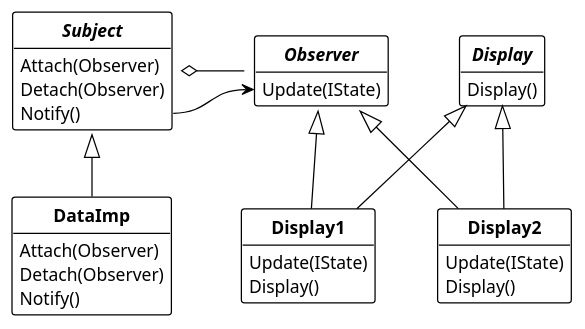
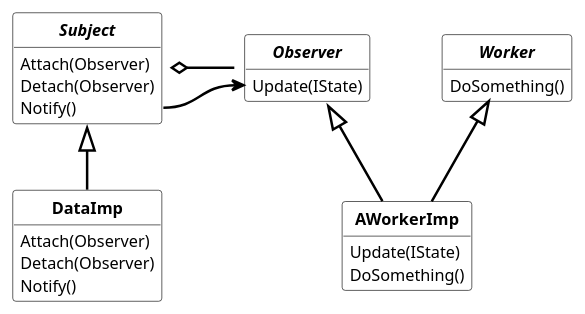
Before and after one commit to dst80/design-patterns: the first of 2 diagrams in behavioral_pattern/observer/observer.md, drawn with PlantUML. The commit also changed other lines of this file and 11 other files, not shown here.

````diff
--- a/behavioral_pattern/observer/observer.md
+++ b/behavioral_pattern/observer/observer.md
@@ -13,49 +13,50 @@
 ```plantuml
 @startuml push_observer
-!theme plain
+skinparam ranksep 50
 skinparam nodesep 50
-skinparam ranksep 50
+skinparam class {
+  FontSize 13
+  AttributeFontSize 13
+  FontStyle bold
+  BackgroundColor transparent
+  BorderColor black
+}
+skinparam arrow {
+  Color black
+  FontColor black
+  Thickness 2
+}
+skinparam note {
+  BackgroundColor transparent
+  BorderColor black
+}
 hide circle
 hide fields
 
-together {
-    abstract "**Subject**" as Subject {
-        Attach(Observer) 
-        Detach(Observer)
-        Notify()
-    }
-    class "**DataImp**" as DataImp {
-        Attach(Observer)
-        Detach(Observer)
-        Notify()
-    }
+abstract Subject {
+    Attach(Observer) 
+    Detach(Observer)
+    Notify()
 }
 
-together {
-    abstract "**Observer**" as Observer {
-        Update(IState)
-    }
-    abstract "**Display**" as Display {
-        Display()
-    }
-    class "**Display1**" as Display1 {
-        Update(IState)
-        Display()
-    }
-    class "**Display2**" as Display2 {
-        Update(IState)
-        Display()
-    }
-    Display <|-- Display1
-    Display <|-- Display2
-    Observer <|-- Display1
-    Observer <|-- Display2
+class DataImp extends Subject {
+  Attach(Observer)
+  Detach(Observer)
+  Notify()
+}
+
+abstract Observer {
+  Update(IState)
+}
+abstract Worker {
+  DoSomething()
+}
+class AWorkerImp extends Worker, Observer {
+  Update(IState)
+  DoSomething()
 }
 
 Subject o- Observer 
 Subject::Notify -> Observer::Update
-Subject <|-- DataImp
-Observer -[hidden] Display
-
 @enduml
 ```
````
